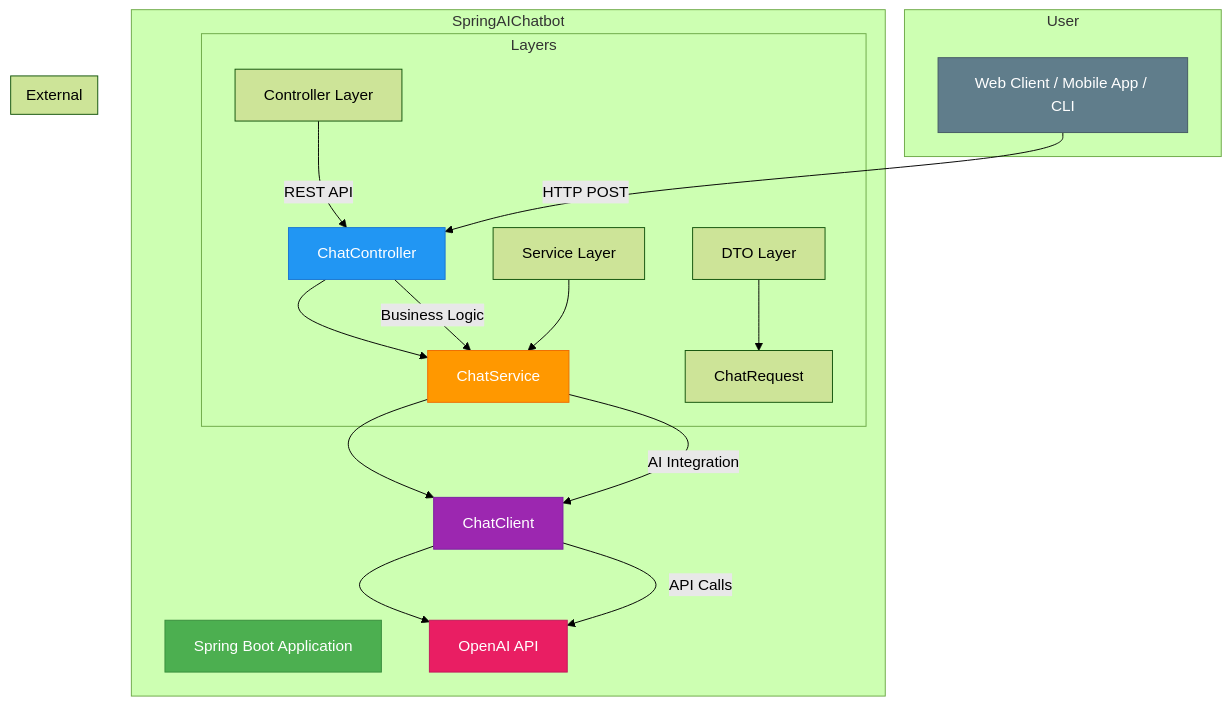
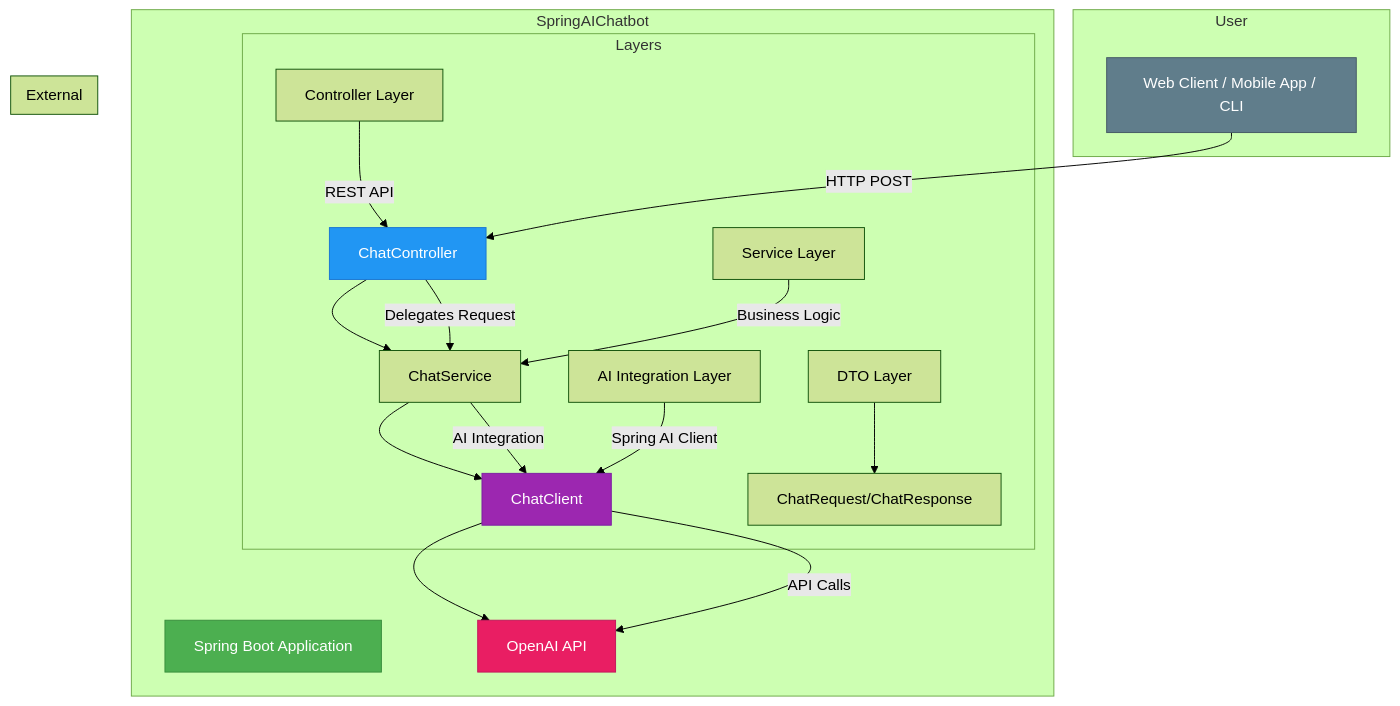
One commit to sudhir78/spring-ai-agentic-service changed the diagram in ARCHITECTURE.md. Above: the diagram before and after it, drawn with Mermaid (forest theme). The commit also changed other lines of this file and 6 other files, not shown here.

````diff
--- a/ARCHITECTURE.md
+++ b/ARCHITECTURE.md
@@ -11,35 +11,35 @@
 ```mermaid
 graph TD
     subgraph User
         U[Web Client / Mobile App / CLI]
     end
     
     subgraph SpringAIChatbot
         A[Spring Boot Application]
         C[ChatController] --> S[ChatService]
-        S --> D[ChatClient]
+        S[ChatService] --> D[ChatClient]
         D --> O[OpenAI API]
         
         subgraph Layers
             C1[Controller Layer] -->|REST API| C
-            C2[Service Layer] --> S
-            C3[DTO Layer] --> DTO[ChatRequest]
+            C2[Service Layer] -->|Business Logic| S
+            C3[AI Integration Layer] -->|Spring AI Client| D
+            C4[DTO Layer] --> DTO[ChatRequest/ChatResponse]
         end
     end
     
     subgraph External
         O[OpenAI API]
     end
     
     U -->|HTTP POST| C
-    C -->|Business Logic| S
+    C -->|Delegates Request| S
     S -->|AI Integration| D
     D -->|API Calls| O
     
     style A fill:#4CAF50,stroke:#388E3C,color:white
     style C fill:#2196F3,stroke:#1976D2,color:white
-    style S fill:#FF9800,stroke:#EF6C00,color:white
     style D fill:#9C27B0,stroke:#7B1FA2,color:white
     style O fill:#E91E63,stroke:#C2185B,color:white
     style U fill:#607D8B,stroke:#455A64,color:white
 ```
````
